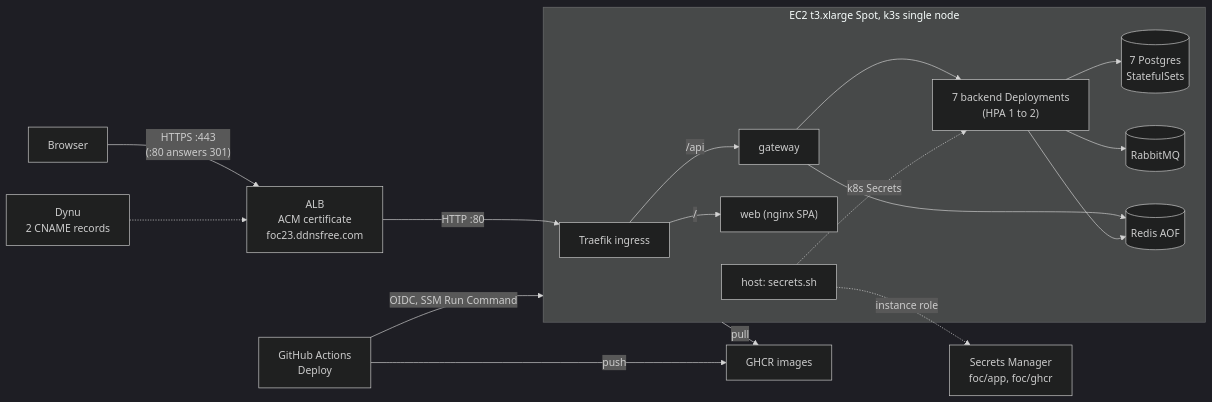
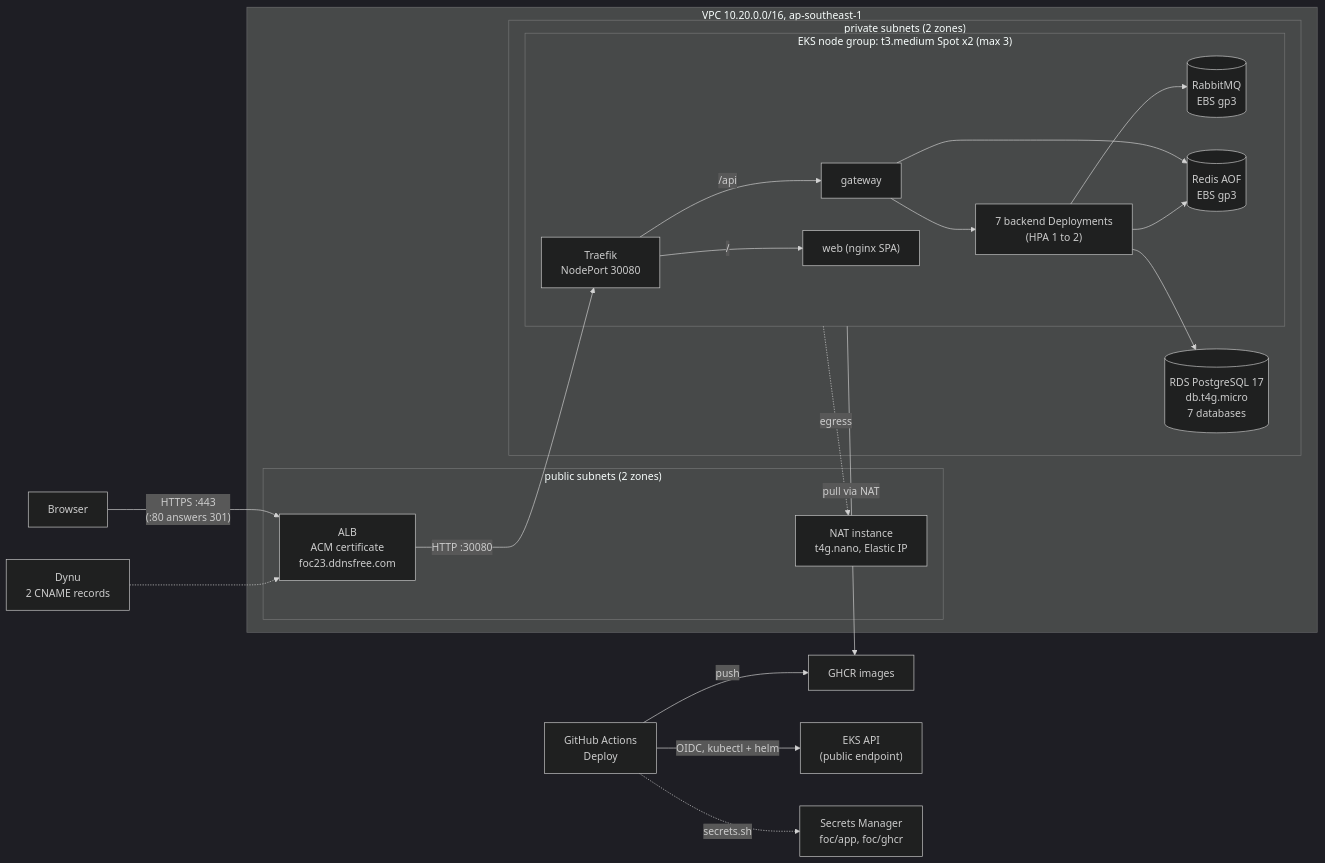
One commit to AY2627S1-CS3219-P23/foc changed the diagram in docs/deployment.md. Above: the diagram before and after it, drawn with Mermaid (dark theme). The commit also changed other lines of this file and 36 other files, not shown here.

First line of the commit message:
feat(infra): re-platform the cloud deployment to EKS and RDS (#48)

````diff
--- a/docs/deployment.md
+++ b/docs/deployment.md
@@ -42,20 +36,28 @@
 ```mermaid
 flowchart LR
   browser["Browser"] -->|"HTTPS :443<br/>(:80 answers 301)"| alb["ALB<br/>ACM certificate<br/>foc23.ddnsfree.com"]
   dns["Dynu<br/>2 CNAME records"] -.-> alb
-  alb -->|"HTTP :80"| traefik
-  subgraph ec2["EC2 t3.xlarge Spot, k3s single node"]
-    traefik["Traefik ingress"] -->|"/api"| gateway
-    traefik -->|"/"| web["web (nginx SPA)"]
-    gateway --> svc["7 backend Deployments<br/>(HPA 1 to 2)"]
-    svc --> pg[("7 Postgres<br/>StatefulSets")]
-    svc --> mq[("RabbitMQ")]
-    gateway --> redis[("Redis AOF")]
-    svc --> redis
-    host["host: secrets.sh"] -.->|"k8s Secrets"| svc
+  subgraph vpc["VPC 10.20.0.0/16, ap-southeast-1"]
+    subgraph pub["public subnets (2 zones)"]
+      alb
+      nat["NAT instance<br/>t4g.nano, Elastic IP"]
+    end
+    subgraph priv["private subnets (2 zones)"]
+      subgraph eks["EKS node group: t3.medium Spot x2 (max 3)"]
+        traefik["Traefik<br/>NodePort 30080"] -->|"/api"| gateway
+        traefik -->|"/"| web["web (nginx SPA)"]
+        gateway --> svc["7 backend Deployments<br/>(HPA 1 to 2)"]
+        svc --> mq[("RabbitMQ<br/>EBS gp3")]
+        gateway --> redis[("Redis AOF<br/>EBS gp3")]
+        svc --> redis
+      end
+      svc --> rds[("RDS PostgreSQL 17<br/>db.t4g.micro<br/>7 databases")]
+    end
+    alb -->|"HTTP :30080"| traefik
+    eks -.->|"egress"| nat
   end
-  host -.->|"instance role"| sm["Secrets Manager<br/>foc/app, foc/ghcr"]
   gha["GitHub Actions<br/>Deploy"] -->|"push"| ghcr["GHCR images"]
-  gha -->|"OIDC, SSM Run Command"| ec2
-  ec2 -->|"pull"| ghcr
+  gha -->|"OIDC, kubectl + helm"| api["EKS API<br/>(public endpoint)"]
+  gha -.->|"secrets.sh"| sm["Secrets Manager<br/>foc/app, foc/ghcr"]
+  eks -->|"pull via NAT"| ghcr
 ```
````
